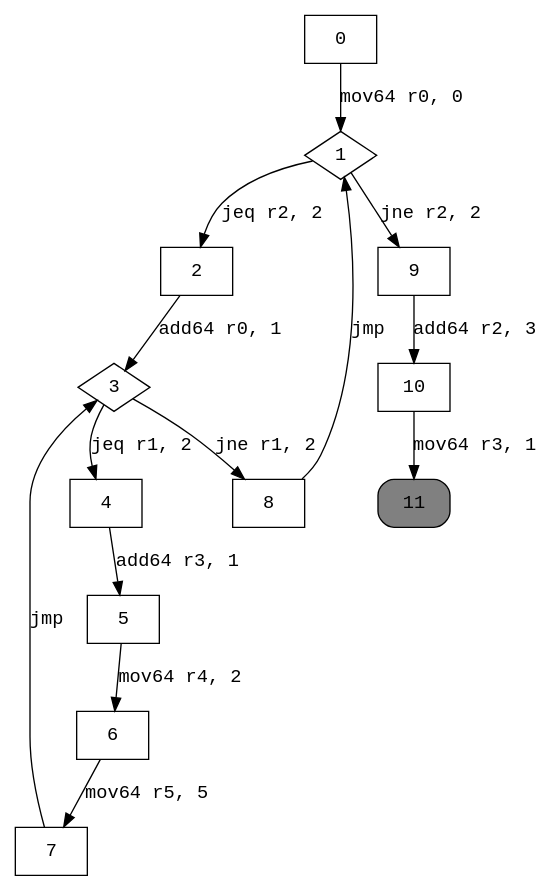
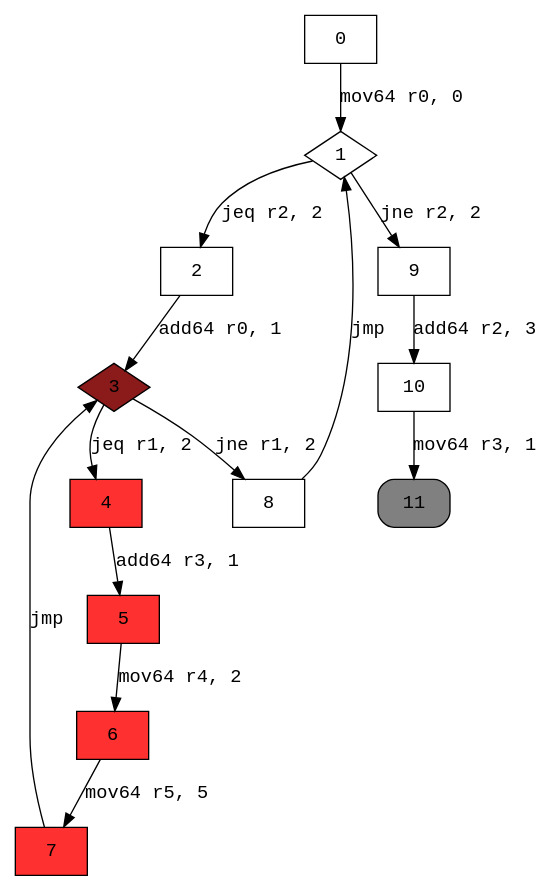
The diagram in graphs/nestedWhiles.dot (XicoCorreia/InformationFlowAnalysisEbpf), drawn with Graphviz before and after one commit. The commit also changed 18 other files, not shown here.

```diff
--- a/graphs/nestedWhiles.dot
+++ b/graphs/nestedWhiles.dot
@@ -1,21 +1,25 @@
 digraph cfg { 
 node [fontname="monospace"];
 node [shape=box];
 edge [fontname="monospace"];
   0 -> 1 [label="mov64 r0, 0"];
   1 -> 2 [label="jeq r2, 2"];
   1 -> 9 [label="jne r2, 2"];
   2 -> 3 [label="add64 r0, 1"];
   3 -> 4 [label="jeq r1, 2"];
   3 -> 8 [label="jne r1, 2"];
   4 -> 5 [label="add64 r3, 1"];
   5 -> 6 [label="mov64 r4, 2"];
   6 -> 7 [label="mov64 r5, 5"];
   7 -> 3 [label="jmp"];
   8 -> 1 [label="jmp"];
   9 -> 10 [label="add64 r2, 3"];
   10 -> 11 [label="mov64 r3, 1"];
 1 [shape=diamond];
-3 [shape=diamond];
+3 [shape=diamond,style=filled,fillcolor=firebrick4];
+4 [style=filled,fillcolor=firebrick1];
+5 [style=filled,fillcolor=firebrick1];
+6 [style=filled,fillcolor=firebrick1];
+7 [style=filled,fillcolor=firebrick1];
 11 [style="rounded,filled",fillcolor=grey];
 }
```
